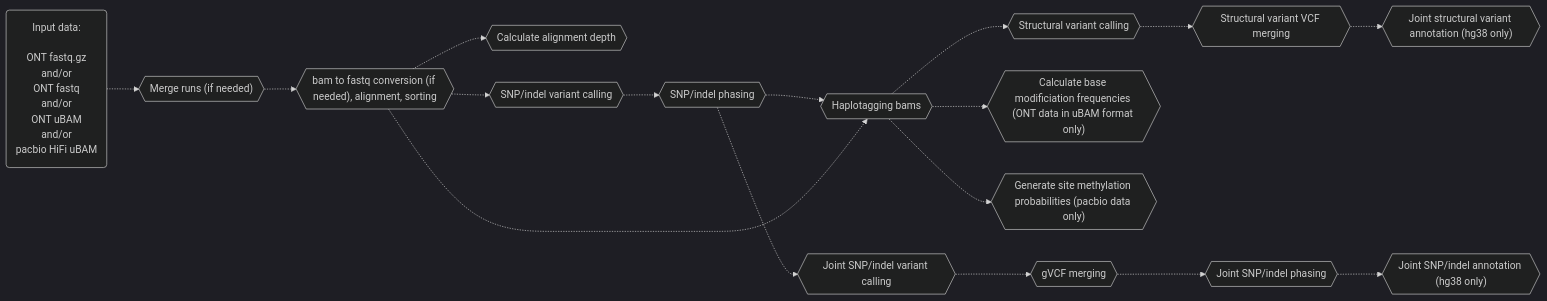
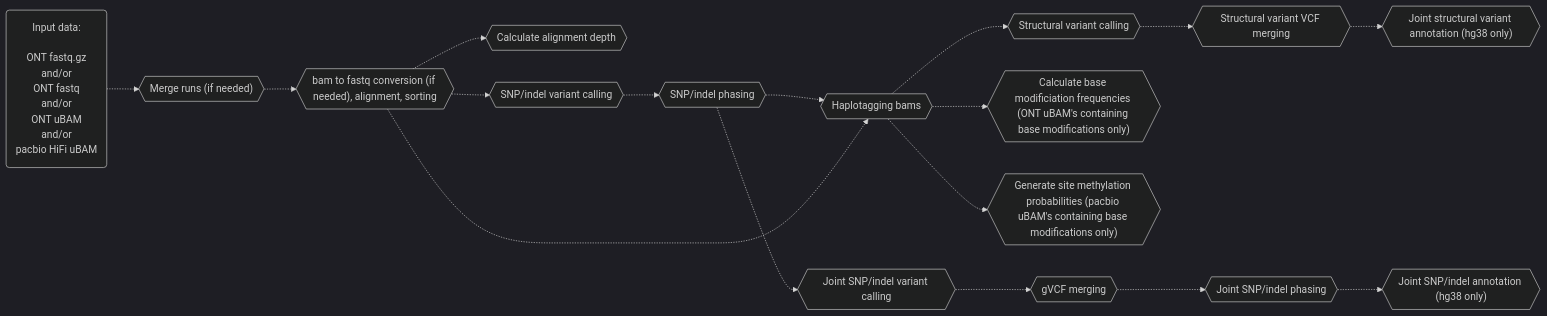
Before and after one commit to leahkemp/pipeface: the second of 4 diagrams in README.md, drawn with Mermaid. The commit also changed other lines of this file, not shown here.

````diff
--- a/README.md
+++ b/README.md
@@ -50,30 +50,30 @@
 ```mermaid
 %%{init: {'theme':'dark'}}%%
 flowchart LR
 
 input_data("Input data: <br><br> ONT fastq.gz <br> and/or <br> ONT fastq <br> and/or <br> ONT uBAM <br> and/or <br> pacbio HiFi uBAM")
 merging{{"Merge runs (if needed)"}}
 alignment{{"bam to fastq conversion (if needed), alignment, sorting"}}
 depth{{"Calculate alignment depth"}}
 snp_indel_calling{{"SNP/indel variant calling"}}
 snp_indel_phasing{{"SNP/indel phasing"}}
 joint_snp_indel_calling{{"Joint SNP/indel variant calling"}}
 gvcf_merging{{"gVCF merging"}}
 joint_snp_indel_phasing{{"Joint SNP/indel phasing"}}
 joint_snp_indel_annotation{{"Joint SNP/indel annotation (hg38 only)"}}
 haplotagging{{"Haplotagging bams"}}
-calculate_base_mod_freqs{{"Calculate base modificiation frequencies (ONT data in uBAM format only)"}}
-generate_meth_probs{{"Generate site methylation probabilities (pacbio data only)"}}
+calculate_base_mod_freqs{{"Calculate base modificiation frequencies (ONT uBAM's containing base modifications only)"}}
+generate_meth_probs{{"Generate site methylation probabilities (pacbio uBAM's containing base modifications only)"}}
 sv_calling{{"Structural variant calling"}}
 sv_vcf_merging{{"Structural variant VCF merging"}}
 joint_sv_annotation{{"Joint structural variant annotation (hg38 only)"}}
 
 input_data-.->merging-.->alignment-.->snp_indel_calling-.->snp_indel_phasing-.->haplotagging-.->sv_calling
 alignment-.->depth
 alignment-.->haplotagging
 haplotagging-.->calculate_base_mod_freqs
 haplotagging-.->generate_meth_probs
 snp_indel_phasing-.->joint_snp_indel_calling-.->gvcf_merging-.->joint_snp_indel_phasing-.->joint_snp_indel_annotation
 sv_calling-.->sv_vcf_merging-.->joint_sv_annotation
 
 ```
````
